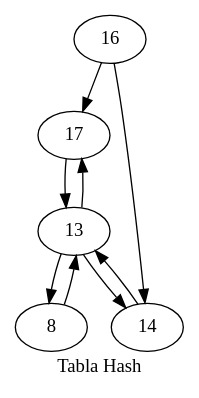
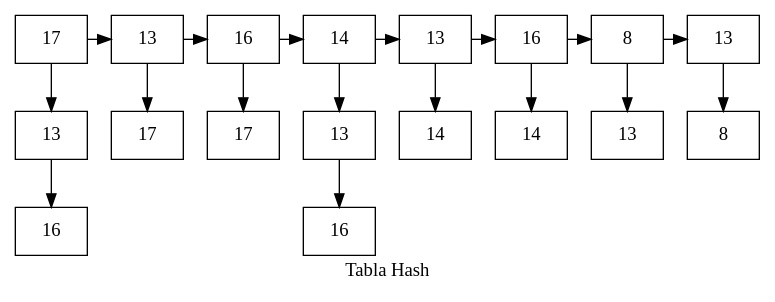
One commit to Kelly901/EDD_PROYECTO_FASE1_201900716 changed the diagram in [EDD]PROYECTO_FASE3_201900716/Proyecto3_EDD/lugar.dot. Above: the diagram before and after it, drawn with Graphviz. The commit also changed 35 other files, not shown here.

```diff
--- a/[EDD]PROYECTO_FASE3_201900716/Proyecto3_EDD/lugar.dot
+++ b/[EDD]PROYECTO_FASE3_201900716/Proyecto3_EDD/lugar.dot
@@ -1,22 +1,40 @@
 digraph G{
 label="Tabla Hash";
-nC17[label="17"];
-nC13[label="13"];
-nC16[label="16"];
-nC14[label="14"];
-nC13[label="13"];
-nC16[label="16"];
-nC8[label="8"];
-nC13[label="13"];
-nC17->nC13;
-nC16;
-nC13->nC17;
-nC16->nC17;
-nC14->nC13;
-nC16;
-nC13->nC14;
-nC16->nC14;
-nC8->nC13;
-nC13->nC8;
+node[shape=box];
+nC1386767190[label="17"];
+nd2025864991[label="13"];
+nd1589683045[label="16"];
+nC1558712965[label="13"];
+nd717386707[label="17"];
+nC1401132667[label="16"];
+nd540642172[label="17"];
+nC1900164709[label="14"];
+nd1445157774[label="13"];
+nd909295153[label="16"];
+nC1875308878[label="13"];
+nd36202360[label="14"];
+nC1522311648[label="16"];
+nd1836797772[label="14"];
+nC1318822808[label="8"];
+nd329645619[label="13"];
+nC1383547042[label="13"];
+nd3213500[label="8"];
+{rank=same;nC1386767190;nC1558712965;nC1401132667;nC1900164709;nC1875308878;nC1522311648;nC1318822808;nC1383547042;}nC1386767190->nC1558712965;
+nC1558712965->nC1401132667;
+nC1401132667->nC1900164709;
+nC1900164709->nC1875308878;
+nC1875308878->nC1522311648;
+nC1522311648->nC1318822808;
+nC1318822808->nC1383547042;
+nC1386767190->nd2025864991;
+nd2025864991->nd1589683045;
+nC1558712965->nd717386707;
+nC1401132667->nd540642172;
+nC1900164709->nd1445157774;
+nd1445157774->nd909295153;
+nC1875308878->nd36202360;
+nC1522311648->nd1836797772;
+nC1318822808->nd329645619;
+nC1383547042->nd3213500;
 
 }
```
